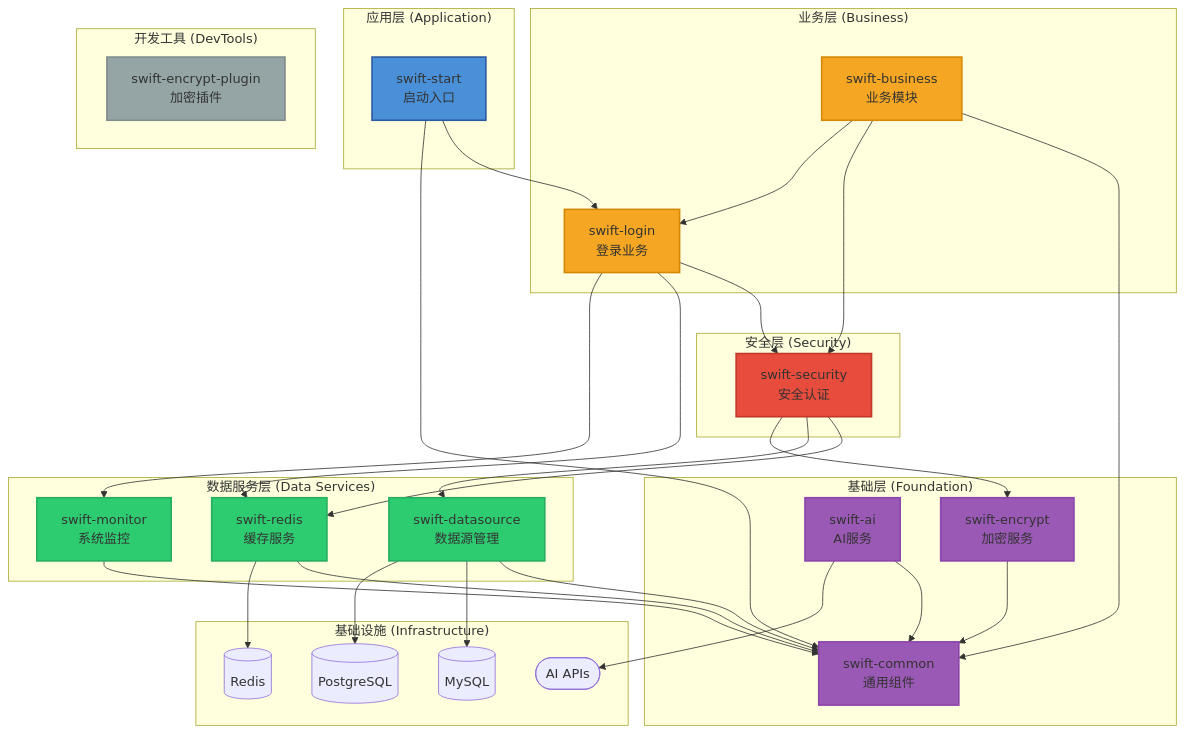
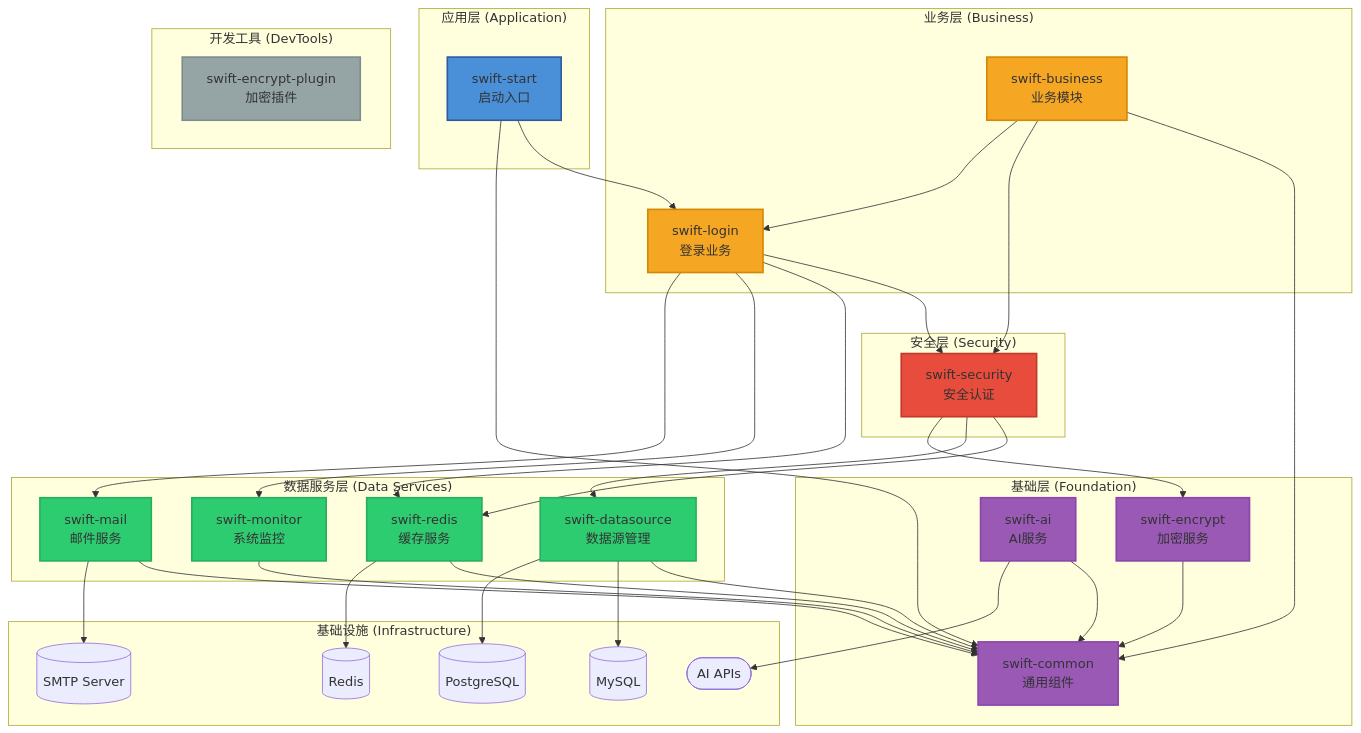
One commit to SHOOTING-STAR-C/SwiftFrame changed the diagram in README.md. Above: the diagram before and after it, drawn with Mermaid. The commit also changed other lines of this file and 30 other files, not shown here.

````diff
--- a/README.md
+++ b/README.md
@@ -40,74 +60,80 @@
 ```mermaid
 graph TB
     subgraph AppLayer ["应用层 (Application)"]
         START["swift-start<br/>启动入口"]
     end
 
     subgraph BusinessLayer ["业务层 (Business)"]
         LOGIN["swift-login<br/>登录业务"]
         BUSINESS["swift-business<br/>业务模块"]
     end
 
     subgraph SecurityLayer ["安全层 (Security)"]
         SECURITY["swift-security<br/>安全认证"]
     end
 
     subgraph DataServiceLayer ["数据服务层 (Data Services)"]
         DATASOURCE["swift-datasource<br/>数据源管理"]
         REDIS["swift-redis<br/>缓存服务"]
         MONITOR["swift-monitor<br/>系统监控"]
+        MAIL["swift-mail<br/>邮件服务"]
     end
 
     subgraph FoundationLayer ["基础层 (Foundation)"]
         COMMON["swift-common<br/>通用组件"]
         ENCRYPT["swift-encrypt<br/>加密服务"]
         AI["swift-ai<br/>AI服务"]
     end
 
     subgraph DevTools ["开发工具 (DevTools)"]
         PLUGIN["swift-encrypt-plugin<br/>加密插件"]
     end
 
     subgraph Infrastructure ["基础设施 (Infrastructure)"]
         MySQL[("MySQL")]
         PostgreSQL[("PostgreSQL")]
         Cache[("Redis")]
         AI_API(["AI APIs"])
+        SMTP[("SMTP Server")]
     end
 
     %% 依赖关系
     START --> LOGIN
     START --> COMMON
     BUSINESS --> COMMON
     BUSINESS --> SECURITY
     BUSINESS --> LOGIN
     LOGIN --> SECURITY
     LOGIN --> REDIS
     LOGIN --> MONITOR
+    LOGIN --> MAIL
     SECURITY --> REDIS
     SECURITY --> DATASOURCE
     SECURITY --> ENCRYPT
     DATASOURCE --> COMMON
     REDIS --> COMMON
     ENCRYPT --> COMMON
     AI --> COMMON
     MONITOR --> COMMON
+    MAIL --> COMMON
     
     %% 外部依赖
     DATASOURCE --> MySQL
     DATASOURCE --> PostgreSQL
     REDIS --> Cache
     AI --> AI_API
+    MAIL --> SMTP
 
     style START fill:#4a90d9,stroke:#2c5aa0,stroke-width:2px
     style LOGIN fill:#f5a623,stroke:#d48806,stroke-width:2px
     style BUSINESS fill:#f5a623,stroke:#d48806,stroke-width:2px
     style SECURITY fill:#e74c3c,stroke:#c0392b,stroke-width:2px
     style DATASOURCE fill:#2ecc71,stroke:#27ae60,stroke-width:2px
     style REDIS fill:#2ecc71,stroke:#27ae60,stroke-width:2px
     style MONITOR fill:#2ecc71,stroke:#27ae60,stroke-width:2px
+    style MAIL fill:#2ecc71,stroke:#27ae60,stroke-width:2px
     style COMMON fill:#9b59b6,stroke:#8e44ad,stroke-width:2px
     style ENCRYPT fill:#9b59b6,stroke:#8e44ad,stroke-width:2px
     style AI fill:#9b59b6,stroke:#8e44ad,stroke-width:2px
     style PLUGIN fill:#95a5a6,stroke:#7f8c8d,stroke-width:2px
 ```
````
